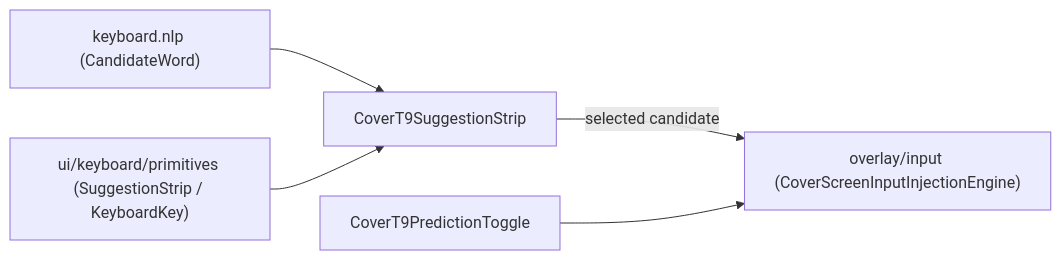
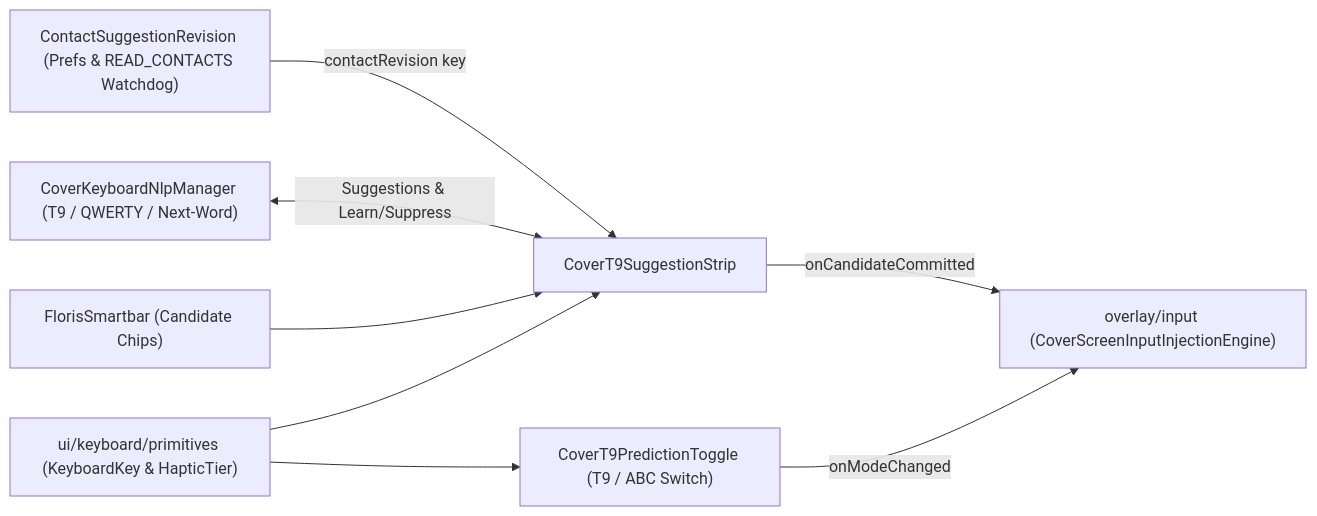
One commit to tyejaedon/Cover-Screen-OS changed the diagram in app/src/main/java/com/tyejaedon/coverscreenos/ui/keyboard/README.md. Above: the diagram before and after it, drawn with Mermaid. The commit also changed other lines of this file and 157 other files, not shown here.

````diff
--- a/app/src/main/java/com/tyejaedon/coverscreenos/ui/keyboard/README.md
+++ b/app/src/main/java/com/tyejaedon/coverscreenos/ui/keyboard/README.md
@@ -16,7 +72,10 @@
 ```mermaid
 flowchart LR
-    NLP["keyboard.nlp (CandidateWord)"] --> Strip["CoverT9SuggestionStrip"]
-    Primitives["ui/keyboard/primitives (SuggestionStrip / KeyboardKey)"] --> Strip
-    Strip -->|"selected candidate"| InputOverlay["overlay/input (CoverScreenInputInjectionEngine)"]
-    Toggle["CoverT9PredictionToggle"] --> InputOverlay
+    Contacts["ContactSuggestionRevision (Prefs & READ_CONTACTS Watchdog)"] -->|"contactRevision key"| Strip["CoverT9SuggestionStrip"]
+    NLP["CoverKeyboardNlpManager (T9 / QWERTY / Next-Word)"] <-->|"Suggestions & Learn/Suppress"| Strip
+    FlorisBar["FlorisSmartbar (Candidate Chips)"] --> Strip
+    Primitives["ui/keyboard/primitives (KeyboardKey & HapticTier)"] --> Strip
+    Primitives --> Toggle["CoverT9PredictionToggle (T9 / ABC Switch)"]
+    Strip -->|"onCandidateCommitted"| InputOverlay["overlay/input (CoverScreenInputInjectionEngine)"]
+    Toggle -->|"onModeChanged"| InputOverlay
 ```
````
